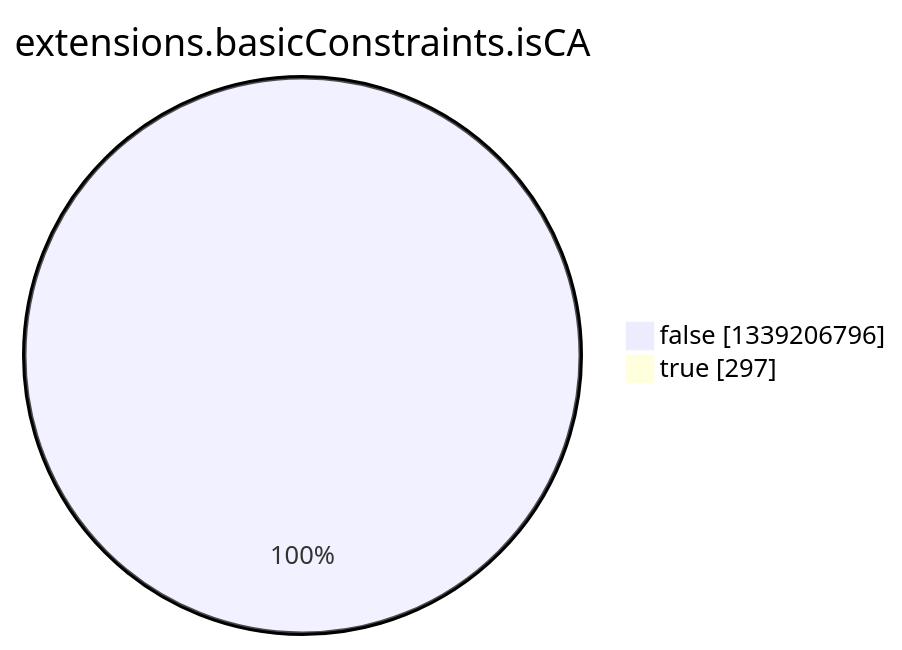
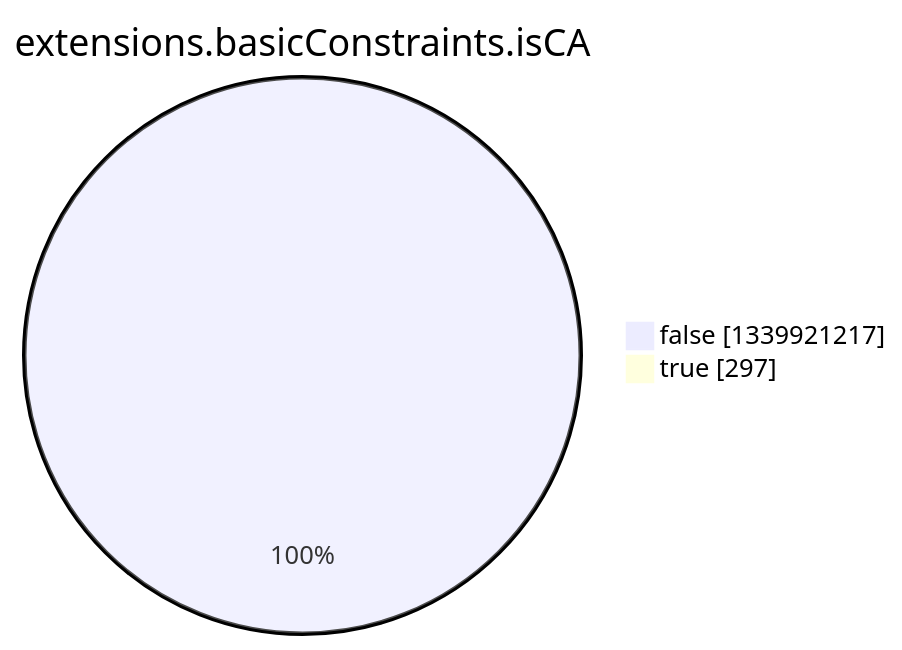
One commit to christiankrug/ctmonitor_visualization changed the eighth of 15 diagrams in argon2022/README.md. Above: the diagram before and after it, drawn with Mermaid. The commit also changed other lines of this file, not shown here.

````diff
--- a/argon2022/README.md
+++ b/argon2022/README.md
@@ -2758,6 +2758,6 @@
 ```mermaid
 pie showData
 title extensions.basicConstraints.isCA
-"false" :1339206796
+"false" :1339921217
 "true" :297
 ```
````
